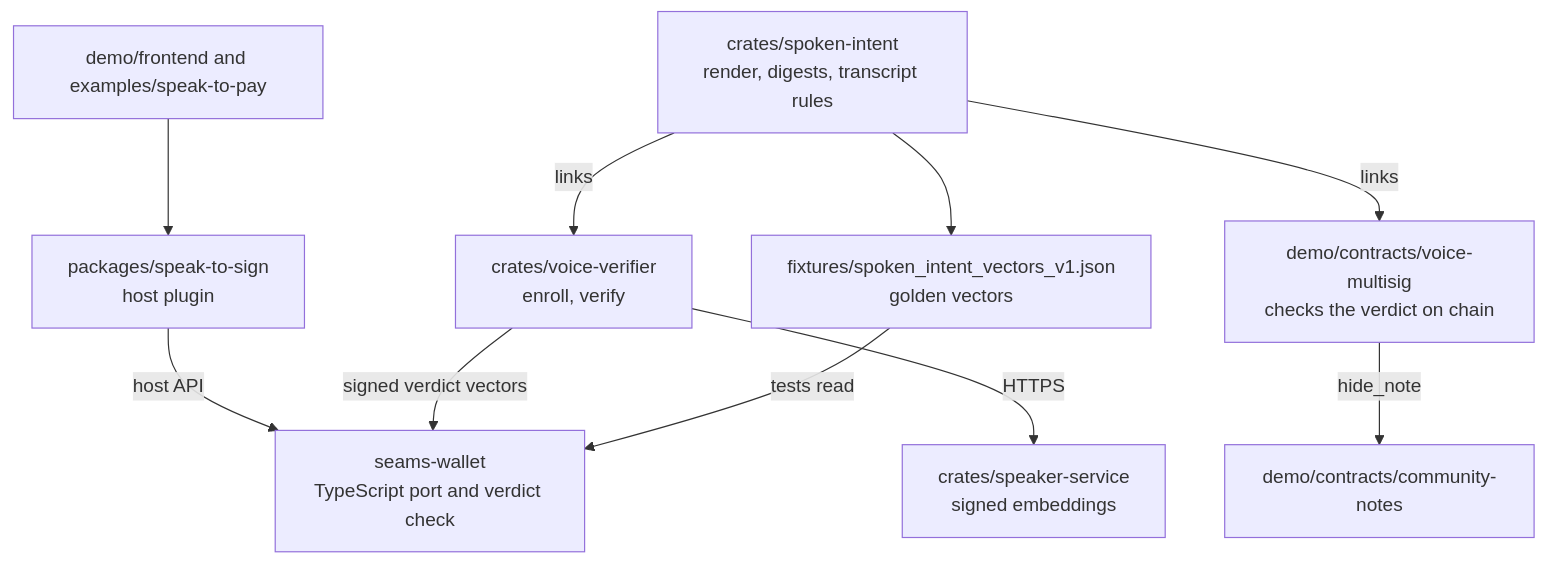
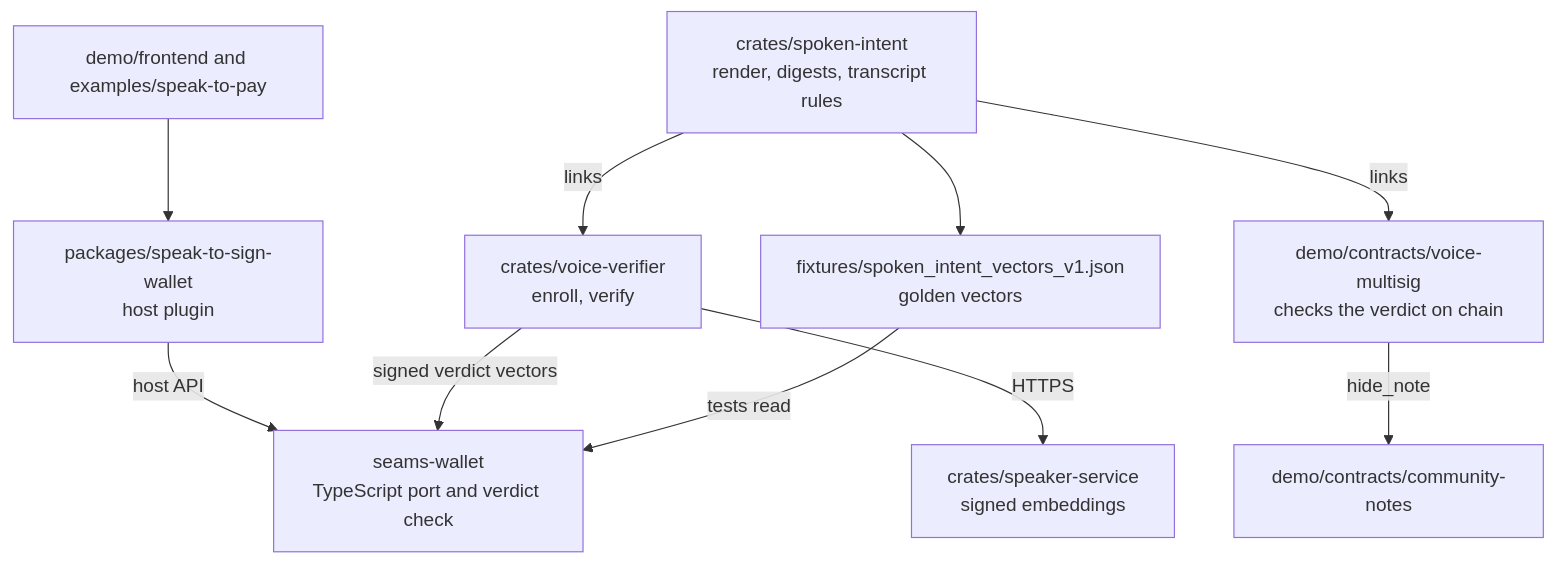
The second of 8 diagrams in docs/architecture.md (seams-tech/speak-to-sign), drawn with Mermaid before and after one commit. The commit also changed other lines of this file and 31 other files, not shown here.

First line of the commit message:
Move the Wallet plugin to packages/speak-to-sign-wallet (@seams/speak-to-sign-wallet)

````diff
--- a/docs/architecture.md
+++ b/docs/architecture.md
@@ -61,22 +61,22 @@
 ```mermaid
 flowchart TB
   SI["crates/spoken-intent<br/>render, digests, transcript rules"]
   Vec["fixtures/spoken_intent_vectors_v1.json<br/>golden vectors"]
   VV["crates/voice-verifier<br/>enroll, verify"]
   SS["crates/speaker-service<br/>signed embeddings"]
   MS["demo/contracts/voice-multisig<br/>checks the verdict on chain"]
   CN["demo/contracts/community-notes"]
   WT["seams-wallet<br/>TypeScript port and verdict check"]
-  PL["packages/speak-to-sign<br/>host plugin"]
+  PL["packages/speak-to-sign-wallet<br/>host plugin"]
   FE["demo/frontend and examples/speak-to-pay"]
 
   SI --> Vec
   SI -->|links| VV
   SI -->|links| MS
   Vec -->|tests read| WT
   VV -->|signed verdict vectors| WT
   VV -->|HTTPS| SS
   PL -->|host API| WT
   FE --> PL
   MS -->|hide_note| CN
 ```
````
